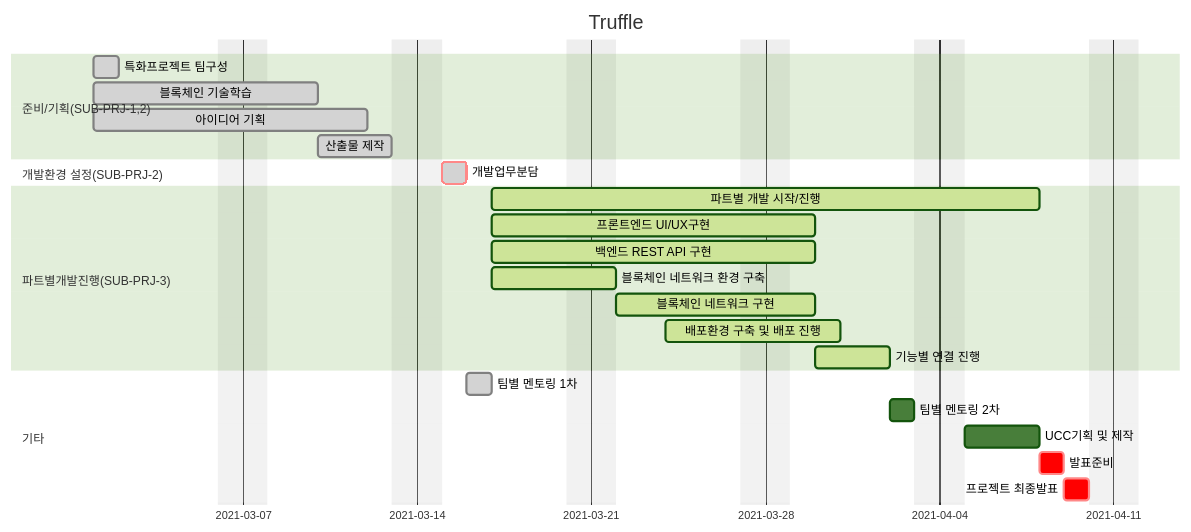
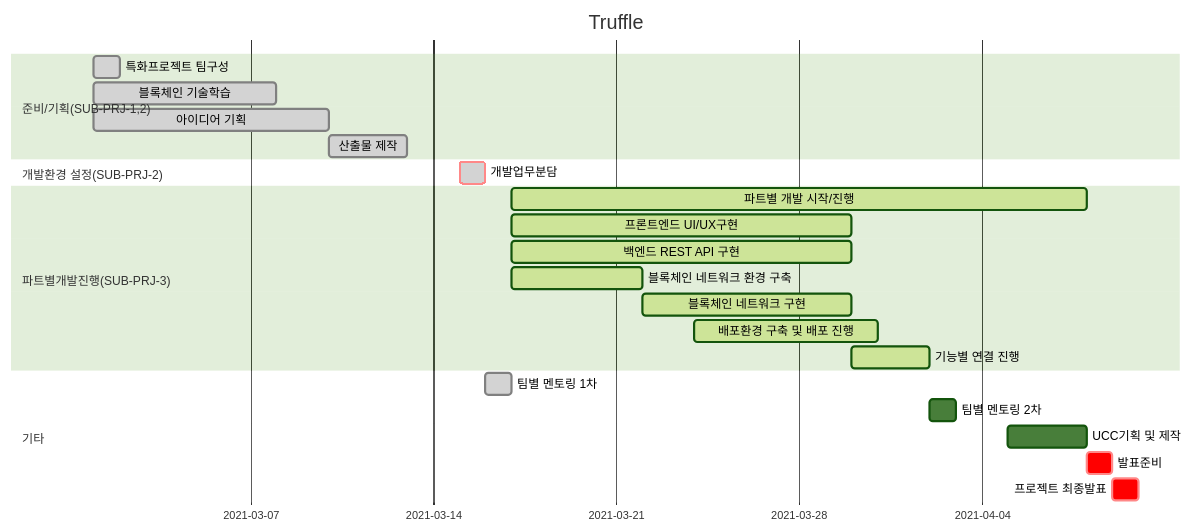
Before and after one commit to reverse-wisdom/Truffle: the fourth of 4 diagrams in README.md, drawn with Mermaid (forest theme).

Commit message:
Update S04P23D110-94 Readme.md 오류 수정

````diff
--- a/README.md
+++ b/README.md
@@ -98,31 +98,30 @@
 ```mermaid
 gantt
     dateFormat  YYYY-MM-DD
     title       Truffle
-    excludes    weekends
 
     section 준비/기획(SUB-PRJ-1,2)
     특화프로젝트 팀구성 :done, 2021-03-01,1d
     블록체인 기술학습 :done, 2021-03-01,7d
     아이디어 기획 :done, 2021-03-01,9d
     산출물 제작 :done, 2021-03-10,3d
 
     section 개발환경 설정(SUB-PRJ-2)
     개발업무분담 :crit, done, 2021-03-15,1d
 
     section 파트별개발진행(SUB-PRJ-3)
     파트별 개발 시작/진행 : active, 2021-03-17,2021-04-08
     프론트엔드 UI/UX구현 :active, 2021-03-17,2021-03-30
     백엔드 REST API 구현 :active, 2021-03-17,2021-03-30
     블록체인 네트워크 환경 구축  :active, 2021-03-17,2021-03-22
     블록체인 네트워크 구현  :active, 2021-03-22,2021-03-30
     배포환경 구축 및 배포 진행 :active, 2021-03-24,2021-03-31
     기능별 연결 진행 :active, 2021-03-30,2021-04-02
         
     section 기타
     팀별 멘토링 1차 :done, 2021-03-16,1d
     팀별 멘토링 2차 :2021-04-02,1d
     UCC기획 및 제작 : 2021-04-05,2021-04-08
     발표준비 :crit, 2021-04-08,1d
     프로젝트 최종발표 :crit, 2021-04-09,1d
 ```
````
